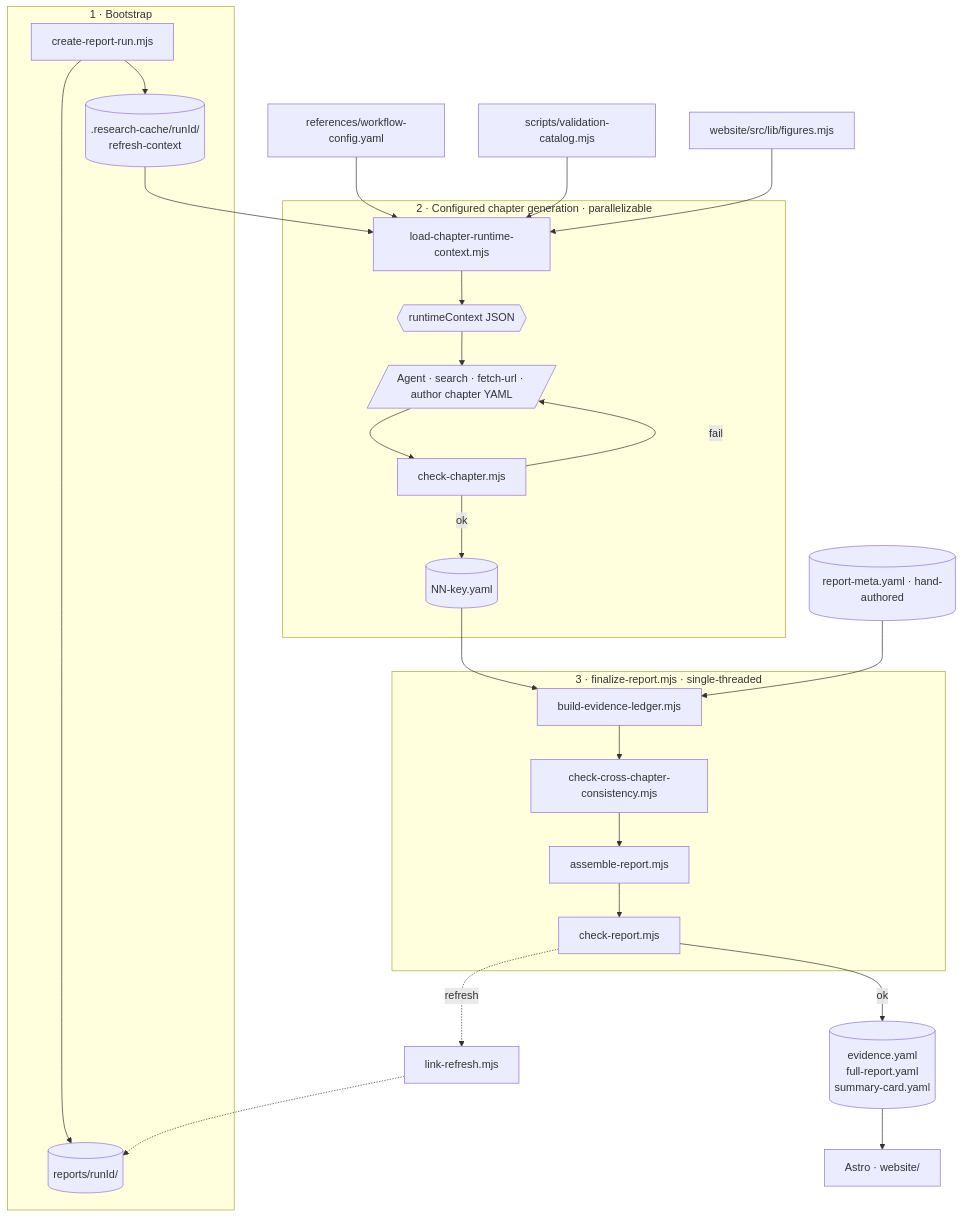
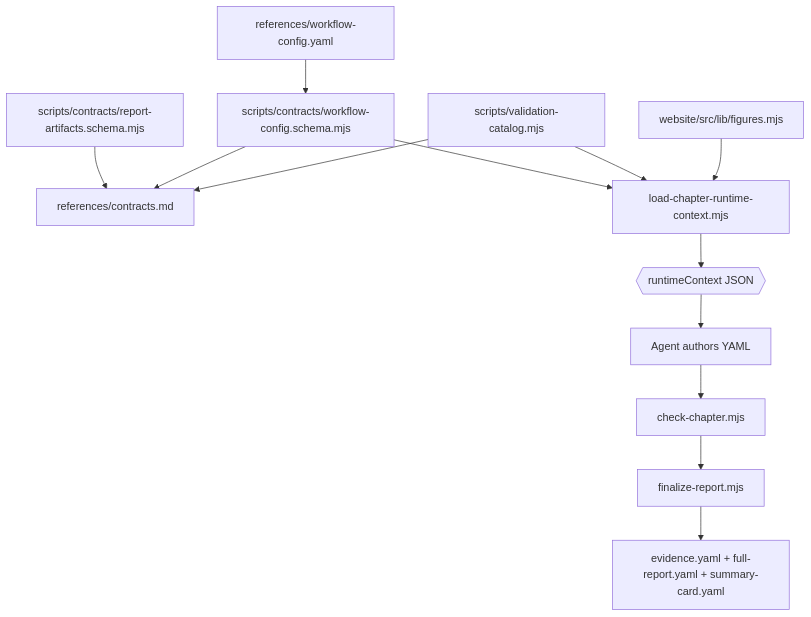
One commit to huangyingting/startup changed the diagram in .agents/skills/startup-research/references/README.md. Above: the diagram before and after it, drawn with Mermaid. The commit also changed other lines of this file and 30 other files, not shown here.

First line of the commit message:
Refactor startup research scripts and update workflow contracts

````diff
--- a/.agents/skills/startup-research/references/README.md
+++ b/.agents/skills/startup-research/references/README.md
@@ -18,39 +18,22 @@
 ```mermaid
 flowchart TD
   WF[references/workflow-config.yaml]
+  WS[scripts/contracts/workflow-config.schema.mjs]
+  RS[scripts/contracts/report-artifacts.schema.mjs]
   VC[scripts/validation-catalog.mjs]
   FIG[website/src/lib/figures.mjs]
+  DOC[references/contracts.md]
 
-  subgraph BOOT["1 · Bootstrap"]
-    CR[create-report-run.mjs]
-    CR --> RUN[(reports/runId/)]
-    CR --> CACHE[(.research-cache/runId/<br/>refresh-context)]
-  end
-
-  subgraph CHAP["2 · Configured chapter generation · parallelizable"]
-    LD[load-chapter-runtime-context.mjs]
-    RC{{runtimeContext JSON}}
-    AG[/Agent · search · fetch-url · author chapter YAML/]
-    CC[check-chapter.mjs]
-    CY[(NN-key.yaml)]
-    LD --> RC --> AG --> CC
-    CC -- fail --> AG
-    CC -- ok --> CY
-  end
-
-  WF --> LD
+  WF --> WS
+  WS --> LD[load-chapter-runtime-context.mjs]
+  RS --> DOC
+  WS --> DOC
+  VC --> DOC
   VC --> LD
   FIG --> LD
-  CACHE --> LD
-
-  subgraph FIN["3 · finalize-report.mjs · single-threaded"]
-    L1[build-evidence-ledger.mjs] --> L2[check-cross-chapter-consistency.mjs] --> L3[assemble-report.mjs] --> L4[check-report.mjs]
-  end
-
-  CY --> L1
-  RM[(report-meta.yaml · hand-authored)] --> L1
-  L4 -- ok --> OUT[(evidence.yaml<br/>full-report.yaml<br/>summary-card.yaml)]
-  L4 -. refresh .-> LR[link-refresh.mjs] -.-> RUN
-
-  OUT --> AS[Astro · website/]
+  LD --> RC{{runtimeContext JSON}}
+  RC --> AG[Agent authors YAML]
+  AG --> CC[check-chapter.mjs]
+  CC --> FIN[finalize-report.mjs]
+  FIN --> OUT[evidence.yaml + full-report.yaml + summary-card.yaml]
 ```
````
